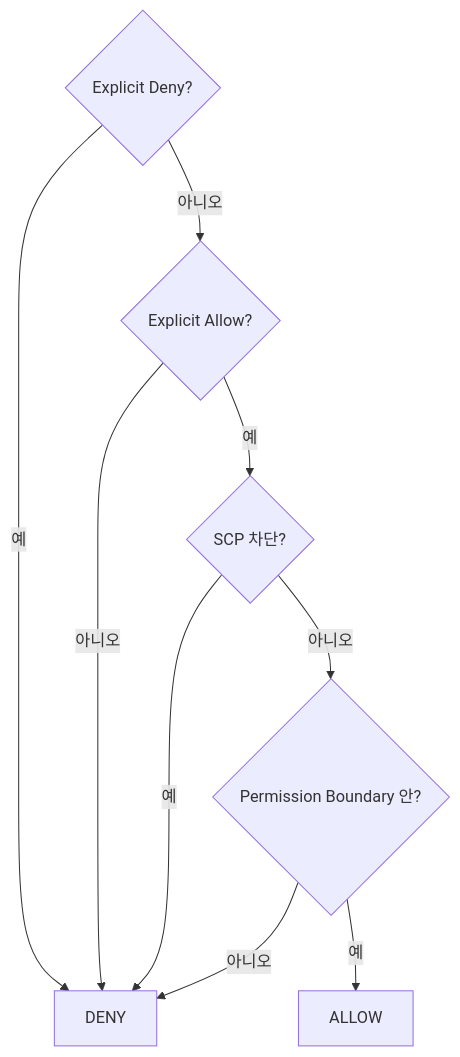
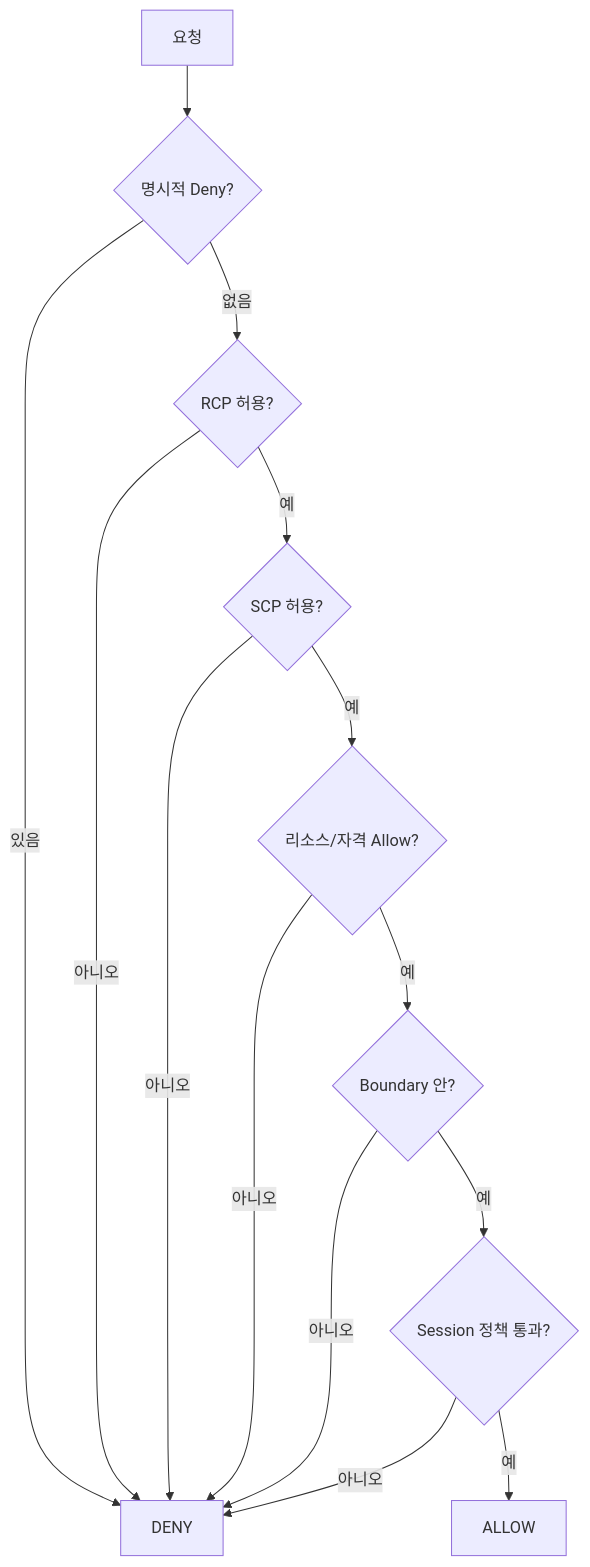
The second of 4 diagrams in src/content/wiki/cloud/aws-iam.mdx (shinkeonkim/shinkeonkim.github.io), drawn with Mermaid before and after one commit. The commit also changed other lines of this file and 4 other files, not shown here.

````diff
--- a/src/content/wiki/cloud/aws-iam.mdx
+++ b/src/content/wiki/cloud/aws-iam.mdx
@@ -89,12 +110,16 @@
 ```mermaid
 flowchart TD
-    Q1{Explicit Deny?}
-    Q1 -->|예| Deny[DENY]
-    Q1 -->|아니오| Q2{Explicit Allow?}
+    Start[요청] --> Q1{"명시적 Deny?"}
+    Q1 -->|있음| Deny[DENY]
+    Q1 -->|없음| Q2{"RCP 허용?"}
     Q2 -->|아니오| Deny
-    Q2 -->|예| Q3{SCP 차단?}
-    Q3 -->|예| Deny
-    Q3 -->|아니오| Q4{Permission Boundary 안?}
+    Q2 -->|예| Q3{"SCP 허용?"}
+    Q3 -->|아니오| Deny
+    Q3 -->|예| Q4{"리소스/자격 Allow?"}
     Q4 -->|아니오| Deny
-    Q4 -->|예| Allow[ALLOW]
+    Q4 -->|예| Q5{"Boundary 안?"}
+    Q5 -->|아니오| Deny
+    Q5 -->|예| Q6{"Session 정책 통과?"}
+    Q6 -->|아니오| Deny
+    Q6 -->|예| Allow[ALLOW]
 ```
````
